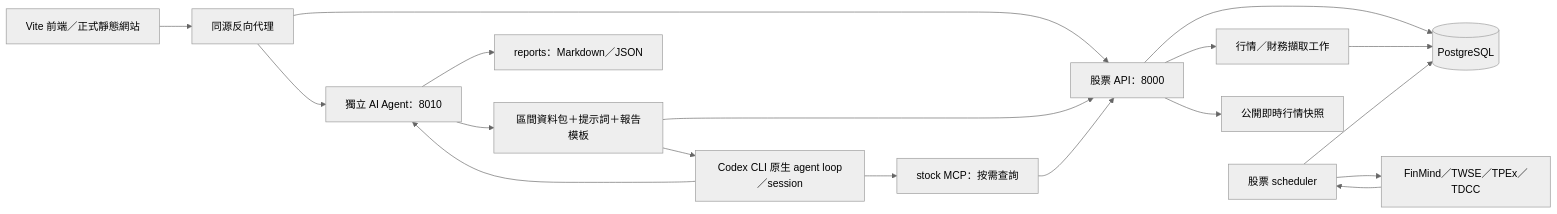
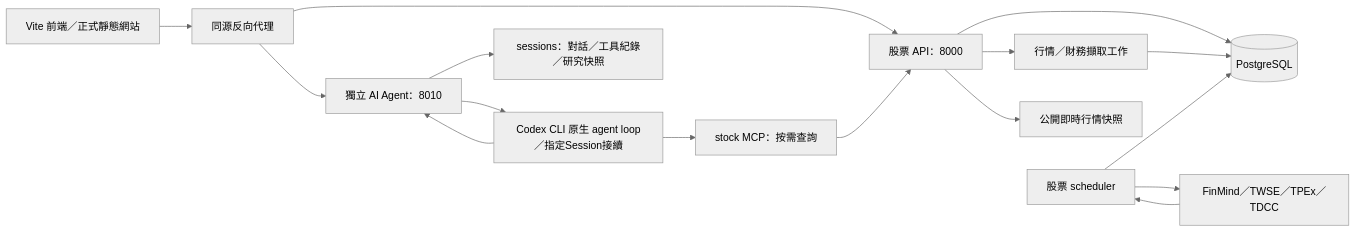
Before and after one commit to LueZero/TWStock-Coach: the diagram in docs/DESIGN.md, drawn with Mermaid (neutral theme). The commit also changed other lines of this file and 44 other files, not shown here.

````diff
--- a/docs/DESIGN.md
+++ b/docs/DESIGN.md
@@ -5,20 +5,18 @@
 ```mermaid
 flowchart LR
   Web[Vite 前端／正式靜態網站] --> Proxy[同源反向代理]
   Proxy --> API[股票 API：8000]
   Proxy --> Agent[獨立 AI Agent：8010]
   API --> DB[(PostgreSQL)]
   API --> Queue[行情／財務擷取工作]
   Queue --> DB
   Scheduler[股票 scheduler] --> DB
   Scheduler --> Source[FinMind／TWSE／TPEx／TDCC]
   Source --> Scheduler
   API --> MIS[公開即時行情快照]
-  Agent --> Input[區間資料包＋提示詞＋報告模板]
-  Input --> API
-  Input --> CLI[Codex CLI 原生 agent loop／session]
+  Agent --> CLI[Codex CLI 原生 agent loop／指定Session接續]
   CLI --> MCP[stock MCP：按需查詢]
   MCP --> API
   CLI --> Agent
-  Agent --> Files[reports：Markdown／JSON]
+  Agent --> Files[sessions：對話／工具紀錄／研究快照]
 ```
````
